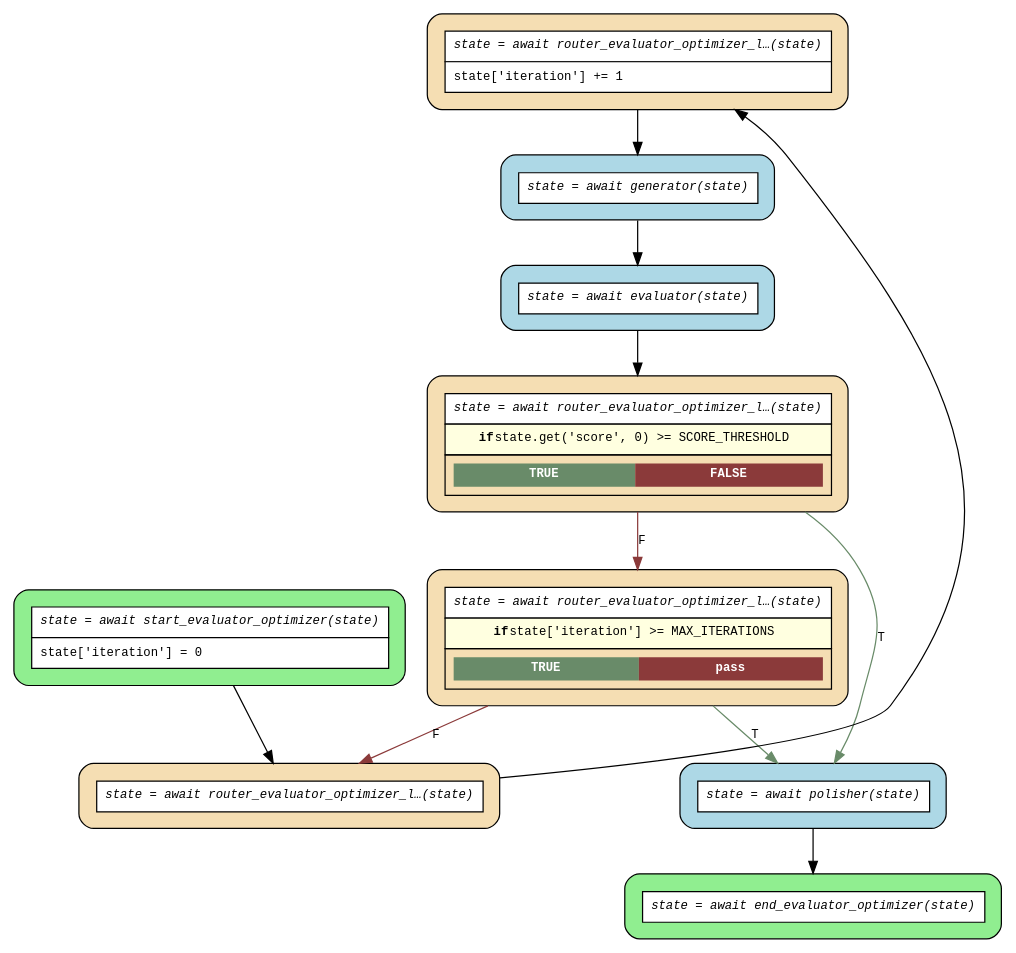
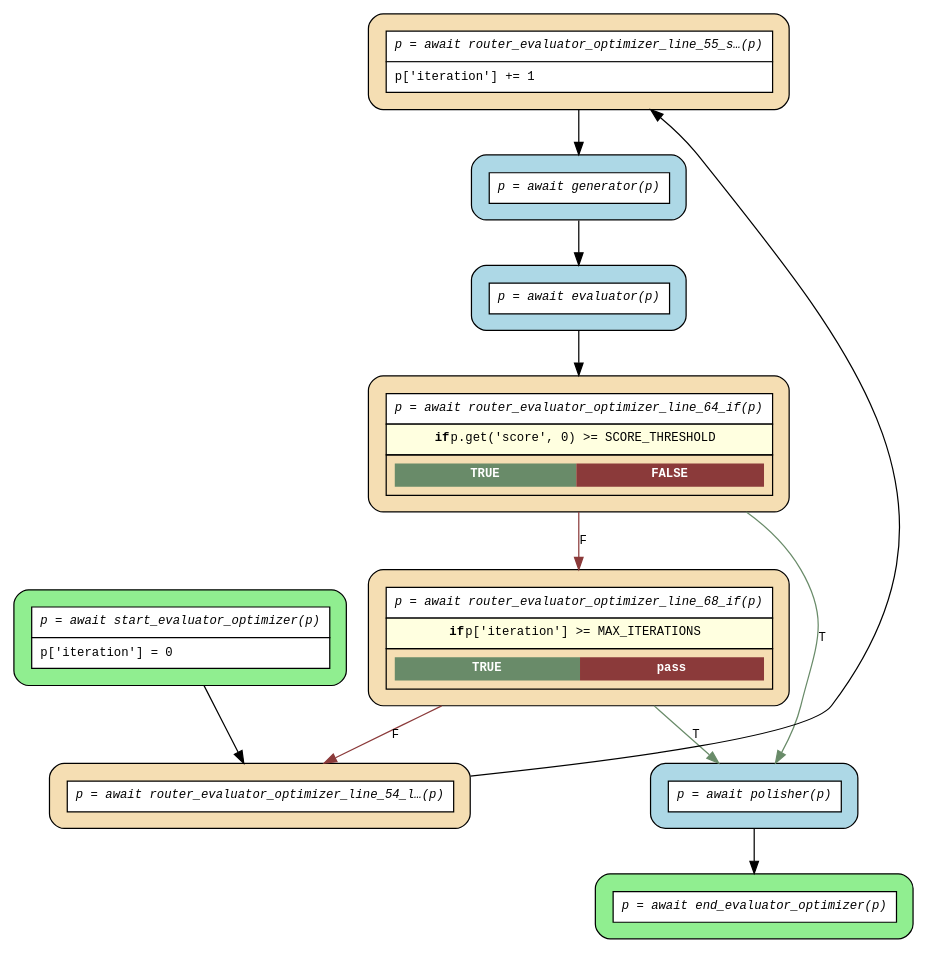
One commit to mrhillsman-enterprise-ai/asya changed the diagram in examples/flows/agentic/compiled/evaluator_optimizer/flow.dot. Above: the diagram before and after it, drawn with Graphviz. The commit also changed 161 other files, not shown here.

First line of the commit message:
fix(flow-compiler): generate SVG instead of PNG for deterministic pre-commit flow diagrams [bvs4] (#302)

```diff
--- a/examples/flows/agentic/compiled/evaluator_optimizer/flow.dot
+++ b/examples/flows/agentic/compiled/evaluator_optimizer/flow.dot
@@ -1,27 +1,27 @@
 digraph flow {
   rankdir=TB;
   graph [fontname="Courier", fontsize=10];
   node [fontname="Courier", fontsize=10, shape=box, style="filled,rounded", margin="0.2"];
   edge [fontname="Courier", fontsize=10];
 
-  start_evaluator_optimizer [fillcolor="lightgreen", group="main", label=<<table border="0" cellspacing="0" cellpadding="6" cellborder="1"><tr><td bgcolor="white" align="center"><i>state = await start_evaluator_optimizer(state)</i></td></tr><tr><td bgcolor="white" align="left">state['iteration'] = 0</td></tr></table>>];
-  router_evaluator_optimizer_line_68_if [fillcolor="wheat", group="main", label=<<table border="0" cellspacing="0" cellpadding="6" cellborder="1"><tr><td bgcolor="white" align="center"><i>state = await router_evaluator_optimizer_l…(state)</i></td></tr><tr><td bgcolor="lightyellow"><b>if</b> state['iteration'] &gt;= MAX_ITERATIONS</td></tr><tr><td><table border="0" cellspacing="0" cellpadding="4"><tr><td bgcolor="darkseagreen4"><font color="white"><b>TRUE</b></font></td><td bgcolor="indianred4"><font color="white"><b>pass</b></font></td></tr></table></td></tr></table>>];
-  router_evaluator_optimizer_line_64_if [fillcolor="wheat", group="main", label=<<table border="0" cellspacing="0" cellpadding="6" cellborder="1"><tr><td bgcolor="white" align="center"><i>state = await router_evaluator_optimizer_l…(state)</i></td></tr><tr><td bgcolor="lightyellow"><b>if</b> state.get('score', 0) &gt;= SCORE_THRESHOLD</td></tr><tr><td><table border="0" cellspacing="0" cellpadding="4"><tr><td bgcolor="darkseagreen4"><font color="white"><b>TRUE</b></font></td><td bgcolor="indianred4"><font color="white"><b>FALSE</b></font></td></tr></table></td></tr></table>>];
-  router_evaluator_optimizer_line_55_seq [fillcolor="wheat", group="main", label=<<table border="0" cellspacing="0" cellpadding="6" cellborder="1"><tr><td bgcolor="white" align="center"><i>state = await router_evaluator_optimizer_l…(state)</i></td></tr><tr><td bgcolor="white" align="left">state['iteration'] += 1</td></tr></table>>];
-  router_evaluator_optimizer_line_54_loop_back_0 [fillcolor="wheat", group="main", label=<<table border="0" cellspacing="0" cellpadding="6" cellborder="1"><tr><td bgcolor="white" align="center"><i>state = await router_evaluator_optimizer_l…(state)</i></td></tr></table>>];
-  end_evaluator_optimizer [fillcolor="lightgreen", group="main", label=<<table border="0" cellspacing="0" cellpadding="6" cellborder="1"><tr><td bgcolor="white" align="center"><i>state = await end_evaluator_optimizer(state)</i></td></tr></table>>];
-  evaluator [fillcolor="lightblue", label=<<table border="0" cellspacing="0" cellpadding="6" cellborder="1"><tr><td bgcolor="white" align="center"><i>state = await evaluator(state)</i></td></tr></table>>];
-  generator [fillcolor="lightblue", label=<<table border="0" cellspacing="0" cellpadding="6" cellborder="1"><tr><td bgcolor="white" align="center"><i>state = await generator(state)</i></td></tr></table>>];
-  polisher [fillcolor="lightblue", label=<<table border="0" cellspacing="0" cellpadding="6" cellborder="1"><tr><td bgcolor="white" align="center"><i>state = await polisher(state)</i></td></tr></table>>];
+  start_evaluator_optimizer [fillcolor="lightgreen", group="main", label=<<table border="0" cellspacing="0" cellpadding="6" cellborder="1"><tr><td bgcolor="white" align="center"><i>p = await start_evaluator_optimizer(p)</i></td></tr><tr><td bgcolor="white" align="left">p['iteration'] = 0</td></tr></table>>];
+  router_evaluator_optimizer_line_68_if [fillcolor="wheat", group="main", label=<<table border="0" cellspacing="0" cellpadding="6" cellborder="1"><tr><td bgcolor="white" align="center"><i>p = await router_evaluator_optimizer_line_68_if(p)</i></td></tr><tr><td bgcolor="lightyellow"><b>if</b> p['iteration'] &gt;= MAX_ITERATIONS</td></tr><tr><td><table border="0" cellspacing="0" cellpadding="4"><tr><td bgcolor="darkseagreen4"><font color="white"><b>TRUE</b></font></td><td bgcolor="indianred4"><font color="white"><b>pass</b></font></td></tr></table></td></tr></table>>];
+  router_evaluator_optimizer_line_64_if [fillcolor="wheat", group="main", label=<<table border="0" cellspacing="0" cellpadding="6" cellborder="1"><tr><td bgcolor="white" align="center"><i>p = await router_evaluator_optimizer_line_64_if(p)</i></td></tr><tr><td bgcolor="lightyellow"><b>if</b> p.get('score', 0) &gt;= SCORE_THRESHOLD</td></tr><tr><td><table border="0" cellspacing="0" cellpadding="4"><tr><td bgcolor="darkseagreen4"><font color="white"><b>TRUE</b></font></td><td bgcolor="indianred4"><font color="white"><b>FALSE</b></font></td></tr></table></td></tr></table>>];
+  router_evaluator_optimizer_line_55_seq [fillcolor="wheat", group="main", label=<<table border="0" cellspacing="0" cellpadding="6" cellborder="1"><tr><td bgcolor="white" align="center"><i>p = await router_evaluator_optimizer_line_55_s…(p)</i></td></tr><tr><td bgcolor="white" align="left">p['iteration'] += 1</td></tr></table>>];
+  router_evaluator_optimizer_line_54_loop_back_0 [fillcolor="wheat", group="main", label=<<table border="0" cellspacing="0" cellpadding="6" cellborder="1"><tr><td bgcolor="white" align="center"><i>p = await router_evaluator_optimizer_line_54_l…(p)</i></td></tr></table>>];
+  end_evaluator_optimizer [fillcolor="lightgreen", group="main", label=<<table border="0" cellspacing="0" cellpadding="6" cellborder="1"><tr><td bgcolor="white" align="center"><i>p = await end_evaluator_optimizer(p)</i></td></tr></table>>];
+  evaluator [fillcolor="lightblue", label=<<table border="0" cellspacing="0" cellpadding="6" cellborder="1"><tr><td bgcolor="white" align="center"><i>p = await evaluator(p)</i></td></tr></table>>];
+  generator [fillcolor="lightblue", label=<<table border="0" cellspacing="0" cellpadding="6" cellborder="1"><tr><td bgcolor="white" align="center"><i>p = await generator(p)</i></td></tr></table>>];
+  polisher [fillcolor="lightblue", label=<<table border="0" cellspacing="0" cellpadding="6" cellborder="1"><tr><td bgcolor="white" align="center"><i>p = await polisher(p)</i></td></tr></table>>];
 
   evaluator -> router_evaluator_optimizer_line_64_if;
   generator -> evaluator;
   polisher -> end_evaluator_optimizer;
   router_evaluator_optimizer_line_54_loop_back_0 -> router_evaluator_optimizer_line_55_seq [constraint=false];
   router_evaluator_optimizer_line_55_seq -> generator;
   router_evaluator_optimizer_line_64_if -> polisher [label="T", color=darkseagreen4];
   router_evaluator_optimizer_line_64_if -> router_evaluator_optimizer_line_68_if [label="F", color=indianred4];
   router_evaluator_optimizer_line_68_if -> polisher [label="T", color=darkseagreen4];
   router_evaluator_optimizer_line_68_if -> router_evaluator_optimizer_line_54_loop_back_0 [label="F", color=indianred4];
   start_evaluator_optimizer -> router_evaluator_optimizer_line_54_loop_back_0;
 }
```
